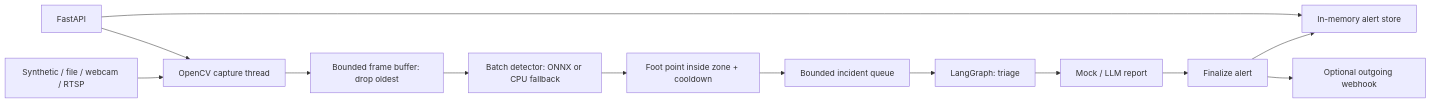
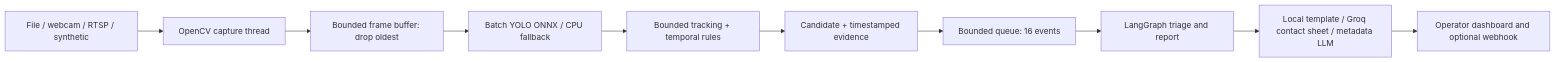
One commit to karatarassul4-max/smart-city-rtsp-vision changed the diagram in README.md. Above: the diagram before and after it, drawn with Mermaid. The commit also changed other lines of this file and 20 other files, not shown here.

````diff
--- a/README.md
+++ b/README.md
@@ -60,15 +68,12 @@
 ```mermaid
 flowchart LR
-    A[Synthetic / file / webcam / RTSP] --> B[OpenCV capture thread]
+    A[File / webcam / RTSP / synthetic] --> B[OpenCV capture thread]
     B --> C[Bounded frame buffer: drop oldest]
-    C --> D[Batch detector: ONNX or CPU fallback]
-    D --> E[Foot point inside zone + cooldown]
-    E --> F[Bounded incident queue]
-    F --> G[LangGraph: triage]
-    G --> H[Mock / LLM report]
-    H --> I[Finalize alert]
-    I --> J[In-memory alert store]
-    I --> K[Optional outgoing webhook]
-    L[FastAPI] --> B
-    L --> J
+    C --> D[Batch YOLO ONNX / CPU fallback]
+    D --> E[Bounded tracking + temporal rules]
+    E --> F[Candidate + timestamped evidence]
+    F --> G[Bounded queue: 16 events]
+    G --> H[LangGraph triage and report]
+    H --> I[Local template / Groq contact sheet / metadata LLM]
+    I --> J[Operator dashboard and optional webhook]
 ```
````
